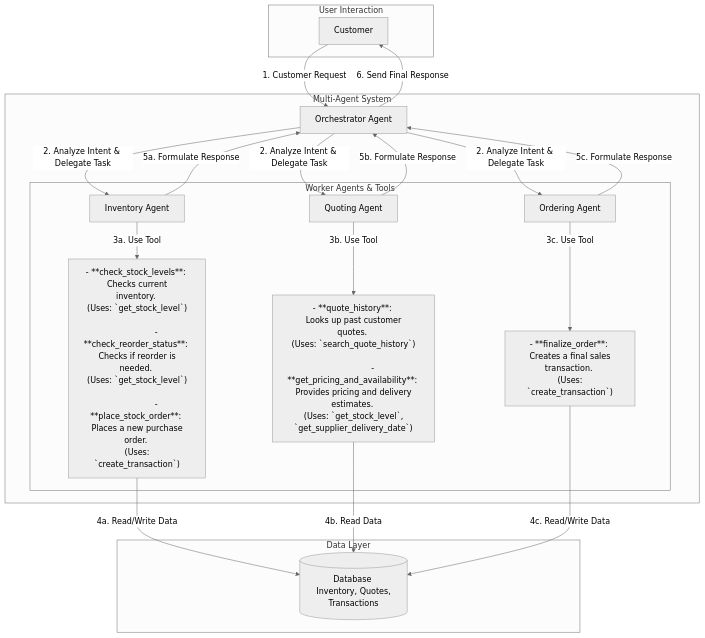
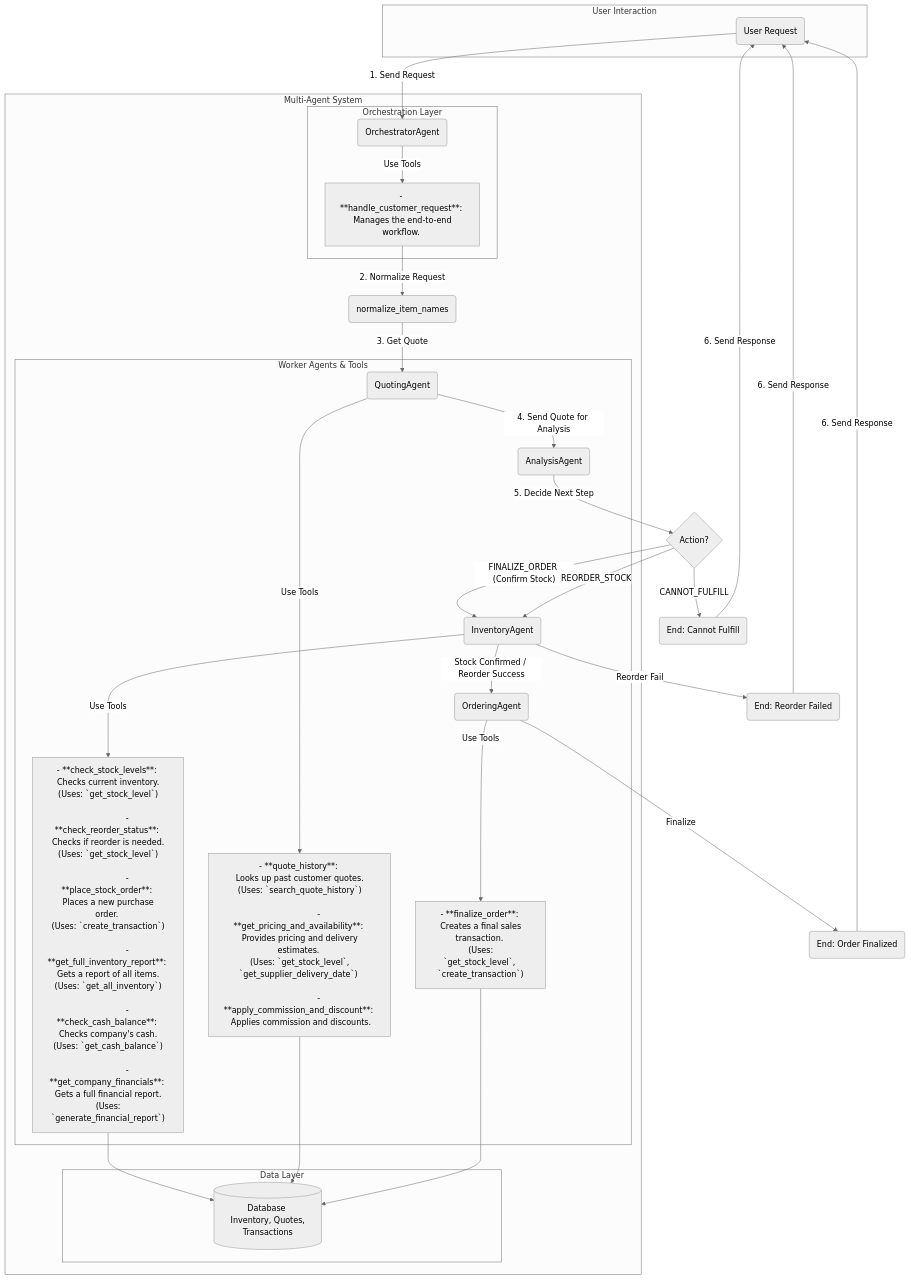
One commit to irafayabdul/multi-agent-system_munder-difflin_paper_company changed the diagram in workflow_diagram.md. Above: the diagram before and after it, drawn with Mermaid (neutral theme). The commit also changed 3 other files, not shown here.

````diff
--- a/workflow_diagram.md
+++ b/workflow_diagram.md
@@ -1,59 +1,72 @@
 ```mermaid
 graph TD
     subgraph "User Interaction"
-        User[Customer]
+        UserRequest("User Request")
     end
 
     subgraph "Multi-Agent System"
-        Orchestrator[Orchestrator Agent]
+        subgraph "Orchestration Layer"
+            Orchestrator("OrchestratorAgent")
+            OrchestratorTools["
+                - **handle_customer_request**: <br/> Manages the end-to-end workflow. <br/>
+            "]
+        end
+        
+        Normalize["
+                - **normalize_item_names**: <br/> Standardizes item names in the request.
+            "]
 
         subgraph "Worker Agents & Tools"
-            InventoryAgent[Inventory Agent]
-            QuotingAgent[Quoting Agent]
-            OrderingAgent[Ordering Agent]
+            Inventory("InventoryAgent")
+            Quoting("QuotingAgent")
+            Ordering("OrderingAgent")
+            Analysis("AnalysisAgent")
 
             InventoryTools["
                 - **check_stock_levels**: <br/> Checks current inventory. <br/> (Uses: `get_stock_level`) <br/>
                 - **check_reorder_status**: <br/> Checks if reorder is needed. <br/> (Uses: `get_stock_level`) <br/>
-                - **place_stock_order**: <br/> Places a new purchase order. <br/> (Uses: `create_transaction`)
+                - **place_stock_order**: <br/> Places a new purchase order. <br/> (Uses: `create_transaction`) <br/>
+                - **get_full_inventory_report**: <br/> Gets a report of all items. <br/> (Uses: `get_all_inventory`) <br/>
+                - **check_cash_balance**: <br/> Checks company's cash. <br/> (Uses: `get_cash_balance`) <br/>
+                - **get_company_financials**: <br/> Gets a full financial report. <br/> (Uses: `generate_financial_report`)
             "]
             QuotingTools["
                 - **quote_history**: <br/> Looks up past customer quotes. <br/> (Uses: `search_quote_history`) <br/>
-                - **get_pricing_and_availability**: <br/> Provides pricing and delivery estimates. <br/> (Uses: `get_stock_level`, `get_supplier_delivery_date`)
+                - **get_pricing_and_availability**: <br/> Provides pricing and delivery estimates. <br/> (Uses: `get_stock_level`, `get_supplier_delivery_date`) <br/>
+                - **apply_commission_and_discount**: <br/> Applies commission and discounts.
             "]
             OrderingTools["
-                - **finalize_order**: <br/> Creates a final sales transaction. <br/> (Uses: `create_transaction`)
+                - **finalize_order**: <br/> Creates a final sales transaction. <br/> (Uses: `get_stock_level`, `create_transaction`)
             "]
         end
+
+        subgraph "Data Layer"
+        DBFuncs[(Database <br/> Inventory, Quotes, Transactions)]
+    end
     end
 
-    subgraph "Data Layer"
-        Database[(Database <br/> Inventory, Quotes, Transactions)]
-    end
+    %% --- Relationships ---
+    Orchestrator -- "Use Tools" --> OrchestratorTools
+    Inventory -- "Use Tools" --> InventoryTools
+    Quoting -- "Use Tools" --> QuotingTools
+    Ordering -- "Use Tools" --> OrderingTools
+    InventoryTools --> DBFuncs
+    QuotingTools --> DBFuncs
+    OrderingTools --> DBFuncs
 
-    %% Main Flow
-    User -- "1. Customer Request" --> Orchestrator
-    Orchestrator -- "2. Analyze Intent & Delegate Task" --> InventoryAgent
-    Orchestrator -- "2. Analyze Intent & Delegate Task" --> QuotingAgent
-    Orchestrator -- "2. Analyze Intent & Delegate Task" --> OrderingAgent
-
-    %% Inventory Flow
-    InventoryAgent -- "3a. Use Tool" --> InventoryTools
-    InventoryTools -- "4a. Read/Write Data" --> Database
-
-    %% Quoting Flow
-    QuotingAgent -- "3b. Use Tool" --> QuotingTools
-    QuotingTools -- "4b. Read Data" --> Database
-
-    %% Ordering Flow
-    OrderingAgent -- "3c. Use Tool" --> OrderingTools
-    OrderingTools -- "4c. Read/Write Data" --> Database
-
-    %% Response Flow
-    InventoryAgent -- "5a. Formulate Response" --> Orchestrator
-    QuotingAgent -- "5b. Formulate Response" --> Orchestrator
-    OrderingAgent -- "5c. Formulate Response" --> Orchestrator
-    Orchestrator -- "6. Send Final Response" --> User
-
-
+    %% --- Workflow ---
+    UserRequest -- "1. Send Request" --> Orchestrator
+    OrchestratorTools -- "2. Normalize Request" --> Normalize(normalize_item_names)
+    Normalize -- "3. Get Quote" --> Quoting
+    Quoting -- "4. Send Quote for Analysis" --> Analysis
+    Analysis -- "5. Decide Next Step" --> Decision{Action?}
+    Decision -- "FINALIZE_ORDER (Confirm Stock)" --> Inventory
+    Decision -- "REORDER_STOCK" --> Inventory
+    Decision -- "CANNOT_FULFILL" --> CannotFulfill("End: Cannot Fulfill")
+    Inventory -- "Stock Confirmed / Reorder Success" --> Ordering
+    Inventory -- "Reorder Fail" --> ReorderFail("End: Reorder Failed")
+    Ordering -- "Finalize" --> FinalResponse("End: Order Finalized")
+    FinalResponse("End: Order Finalized") -- "6. Send Response" --> UserRequest
+    CannotFulfill("End: Cannot Fulfill") -- "6. Send Response" --> UserRequest
+    ReorderFail("End: Reorder Failed") -- "6. Send Response" --> UserRequest
 ```
````
